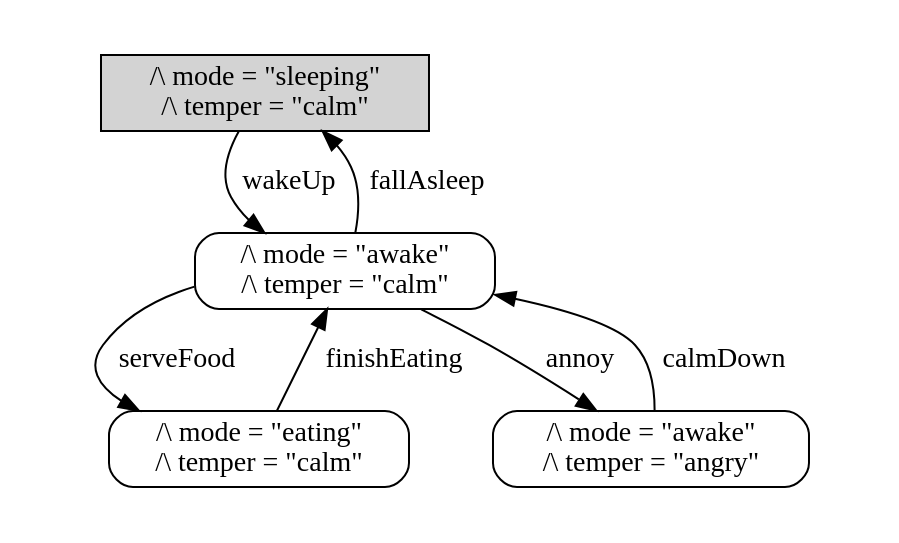
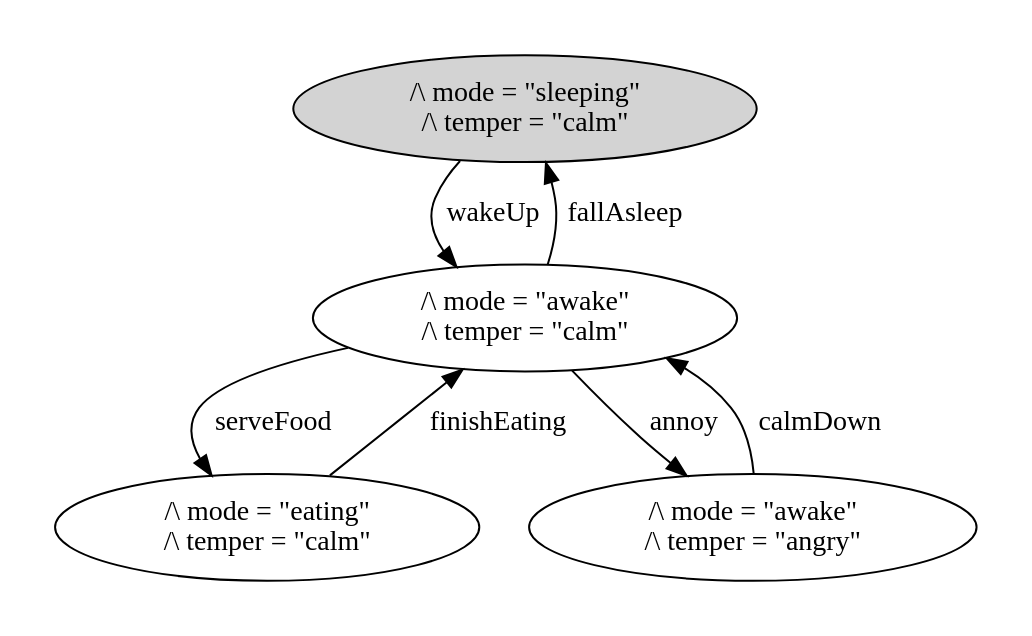
One commit to kingbootoshi/tla-precheck changed the diagram in .generated-machines/Dog/pr/Dog.dot. Above: the diagram before and after it, drawn with Graphviz. The commit also changed 17 other files, not shown here.

```diff
--- a/.generated-machines/Dog/pr/Dog.dot
+++ b/.generated-machines/Dog/pr/Dog.dot
@@ -1,20 +1,19 @@
 strict digraph DiskGraph {
-node [shape=box,style=rounded]
 nodesep=0.35;
 subgraph cluster_graph {
 color="white";
-4258905718676165809 [label="/\\ mode = \"sleeping\"\n/\\ temper = \"calm\"",style = filled]
-4258905718676165809 -> 7428221727139502829 [label="wakeUp",color="black",fontcolor="black"];
-7428221727139502829 [label="/\\ mode = \"awake\"\n/\\ temper = \"calm\"",tooltip="/\\ mode = \"awake\"\n/\\ temper = \"calm\""];
-7428221727139502829 -> 4258905718676165809 [label="fallAsleep",color="black",fontcolor="black"];
-7428221727139502829 -> -8633551329658467904 [label="serveFood",color="black",fontcolor="black"];
--8633551329658467904 [label="/\\ mode = \"eating\"\n/\\ temper = \"calm\"",tooltip="/\\ mode = \"eating\"\n/\\ temper = \"calm\""];
-7428221727139502829 -> -6945379814643979899 [label="annoy",color="black",fontcolor="black"];
--6945379814643979899 [label="/\\ mode = \"awake\"\n/\\ temper = \"angry\"",tooltip="/\\ mode = \"awake\"\n/\\ temper = \"angry\""];
--8633551329658467904 -> 7428221727139502829 [label="finishEating",color="black",fontcolor="black"];
--6945379814643979899 -> 7428221727139502829 [label="calmDown",color="black",fontcolor="black"];
-{rank = same; 4258905718676165809;}
-{rank = same; 7428221727139502829;}
-{rank = same; -6945379814643979899;-8633551329658467904;}
+542279054448475688 [label="/\\ mode = \"sleeping\"\n/\\ temper = \"calm\"",style = filled]
+542279054448475688 -> 7231163500475248547 [label="wakeUp",color="black",fontcolor="black"];
+7231163500475248547 [label="/\\ mode = \"awake\"\n/\\ temper = \"calm\""];
+7231163500475248547 -> 542279054448475688 [label="fallAsleep",color="black",fontcolor="black"];
+7231163500475248547 -> -2560078536170404903 [label="serveFood",color="black",fontcolor="black"];
+-2560078536170404903 [label="/\\ mode = \"eating\"\n/\\ temper = \"calm\""];
+7231163500475248547 -> 1375773954887937871 [label="annoy",color="black",fontcolor="black"];
+1375773954887937871 [label="/\\ mode = \"awake\"\n/\\ temper = \"angry\""];
+-2560078536170404903 -> 7231163500475248547 [label="finishEating",color="black",fontcolor="black"];
+1375773954887937871 -> 7231163500475248547 [label="calmDown",color="black",fontcolor="black"];
+{rank = same; 542279054448475688;}
+{rank = same; 7231163500475248547;}
+{rank = same; 1375773954887937871;-2560078536170404903;}
 }
 }
```
